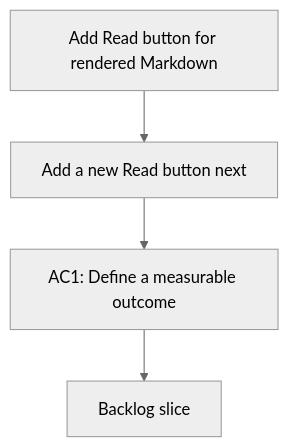
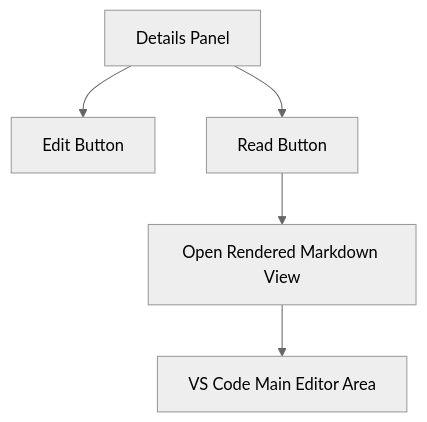
The diagram in logics/request/req_002_add_read_button.md (AlexAgo83/logics-manager), drawn with Mermaid (neutral theme) before and after one commit. The commit also changed other lines of this file and 54 other files, not shown here.

````diff
--- a/logics/request/req_002_add_read_button.md
+++ b/logics/request/req_002_add_read_button.md
@@ -7,8 +7,9 @@
 ```mermaid
 %% logics-kind: request
 %% logics-signature: request|add-read-button-for-rendered-markdown|add-a-new-read-button-next|ac1-define-a-measurable-outcome
 flowchart TD
-    Trigger[Add Read button for rendered Markdown] --> Need[Add a new Read button next]
-    Need --> Outcome[AC1: Define a measurable outcome]
-    Outcome --> Backlog[Backlog slice]
+    A[Details Panel] --> B[Edit Button]
+    A --> C[Read Button]
+    C --> D[Open Rendered Markdown View]
+    D --> E[VS Code Main Editor Area]
 ```
````
